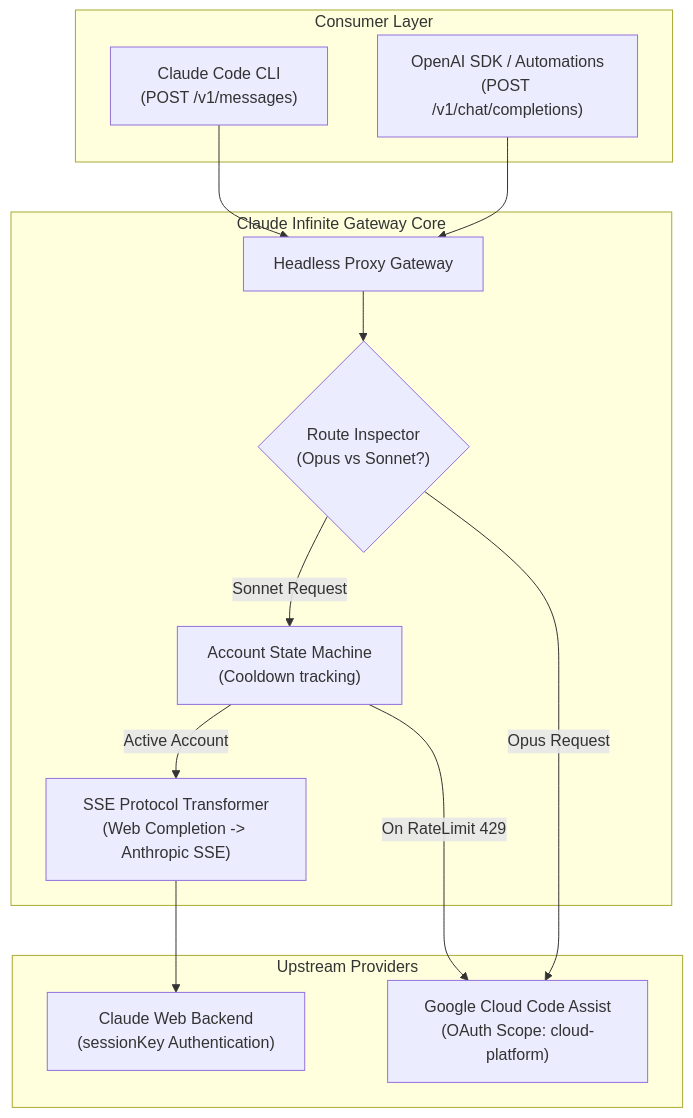
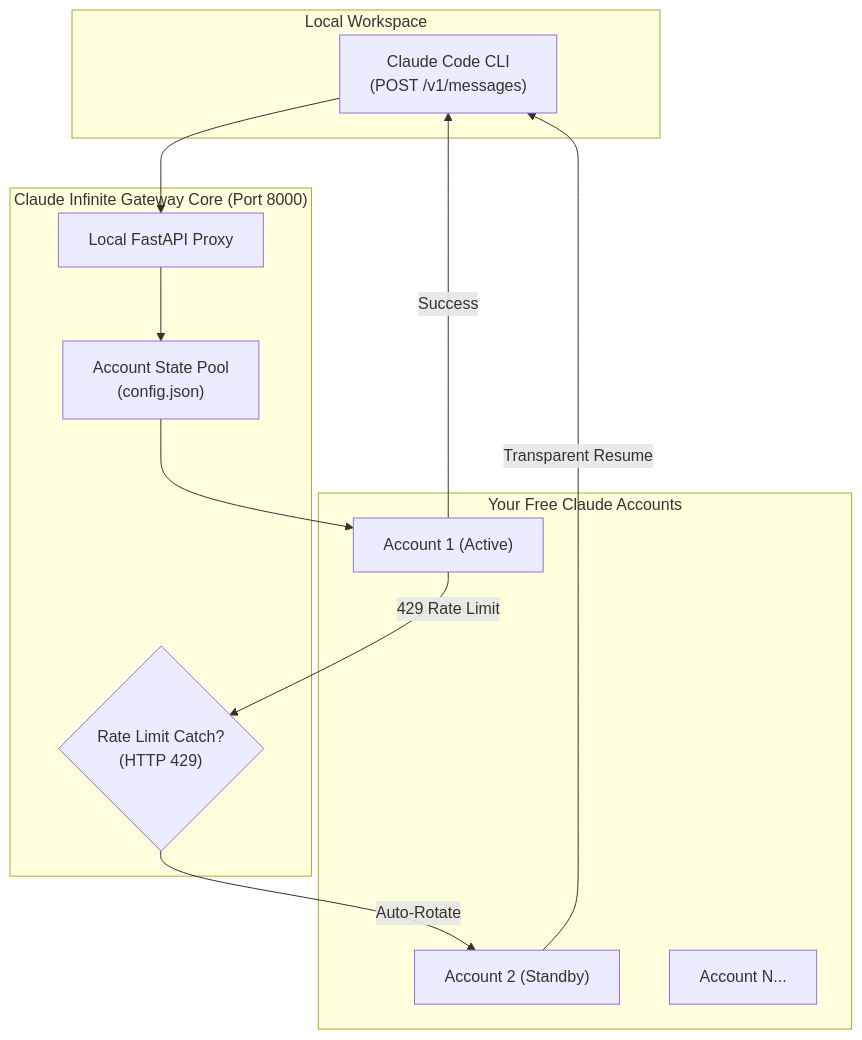
The diagram in README.md (Daniyalzahid9/claude-infinite), drawn with Mermaid before and after one commit. The commit also changed other lines of this file and 1 other file, not shown here.

Commit message:
refactor: pure multi-account failover architecture and refined messaging

````diff
--- a/README.md
+++ b/README.md
@@ -30,28 +31,26 @@
 ```mermaid
 flowchart TD
-    subgraph Client["Consumer Layer"]
+    subgraph Client["Local Workspace"]
         CLI["Claude Code CLI\n(POST /v1/messages)"]
-        EXT["OpenAI SDK / Automations\n(POST /v1/chat/completions)"]
     end
 
-    subgraph Gateway["Claude Infinite Gateway Core"]
-        ROUTER{"Route Inspector\n(Opus vs Sonnet?)"}
-        POOL["Account State Machine\n(Cooldown tracking)"]
-        TRANS["SSE Protocol Transformer\n(Web Completion -> Anthropic SSE)"]
-        PROXY["Headless Proxy Gateway"]
+    subgraph Hub["Claude Infinite Gateway Core (Port 8000)"]
+        PROXY["Local FastAPI Proxy"]
+        ROUTER{"Rate Limit Catch?\n(HTTP 429)"}
+        POOL["Account State Pool\n(config.json)"]
     end
 
-    subgraph Upstream["Upstream Providers"]
-        WEB["Claude Web Backend\n(sessionKey Authentication)"]
-        AG["Google Cloud Code Assist\n(OAuth Scope: cloud-platform)"]
+    subgraph Accounts["Your Free Claude Accounts"]
+        ACC1["Account 1 (Active)"]
+        ACC2["Account 2 (Standby)"]
+        ACCN["Account N..."]
     end
 
     CLI --> PROXY
-    EXT --> PROXY
-    PROXY --> ROUTER
-    ROUTER -->|Sonnet Request| POOL
-    POOL -->|Active Account| TRANS
-    TRANS --> WEB
-    POOL -->|On RateLimit 429| AG
-    ROUTER -->|Opus Request| AG
+    PROXY --> POOL
+    POOL --> ACC1
+    ACC1 -->|Success| CLI
+    ACC1 -->|429 Rate Limit| ROUTER
+    ROUTER -->|Auto-Rotate| ACC2
+    ACC2 -->|Transparent Resume| CLI
 ```
````
